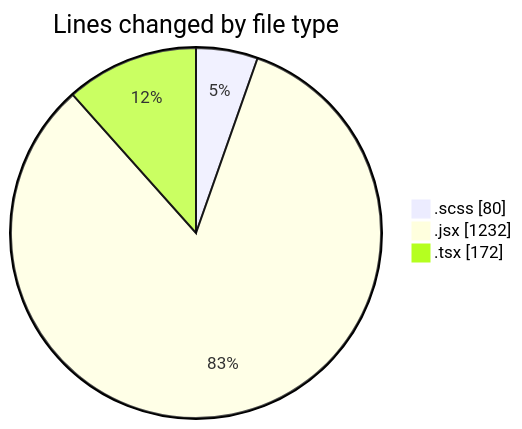
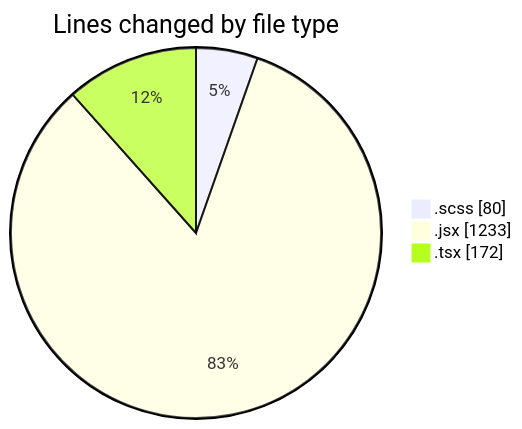
One commit to momahboobian/code-tracking changed the first of 2 diagrams in 2025-06-03/cda/README.md. Above: the diagram before and after it, drawn with Mermaid. The commit also changed other lines of this file and 1 other file, not shown here.

````diff
--- a/2025-06-03/cda/README.md
+++ b/2025-06-03/cda/README.md
@@ -24,7 +24,7 @@
 ```mermaid
 pie showData
 title Lines changed by file type
 ".scss" : 80
-".jsx" : 1232
+".jsx" : 1233
 ".tsx" : 172
 ```
````
